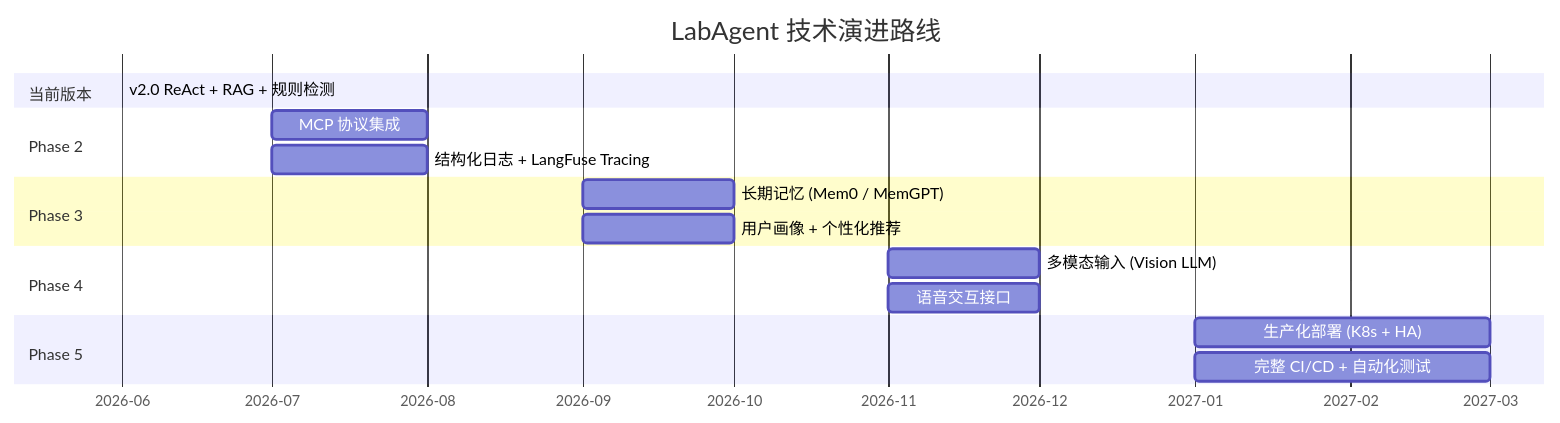
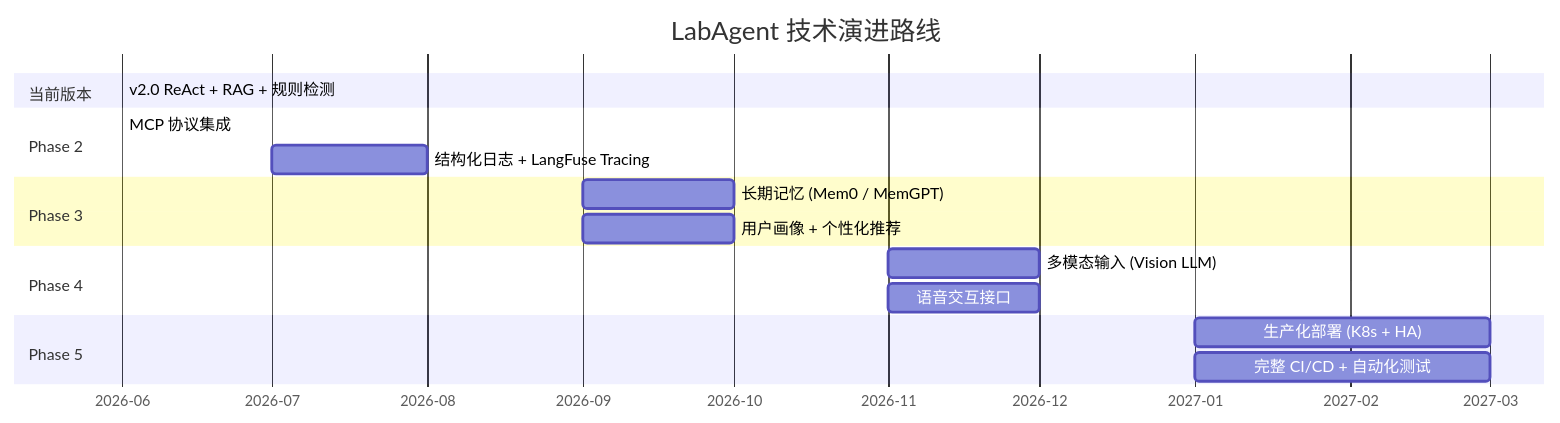
Before and after one commit to nanamili/cs599-project: the fifth of 5 diagrams in docs/CS599_大作业报告.md, drawn with Mermaid. The commit also changed other lines of this file, not shown here.

Commit message:
Update report: MCP marked as implemented, Phase 2 updated

````diff
--- a/docs/CS599_大作业报告.md
+++ b/docs/CS599_大作业报告.md
@@ -446,20 +446,20 @@
 ```mermaid
 gantt
     title LabAgent 技术演进路线
     dateFormat  YYYY-MM
     axisFormat  %Y-%m
     section 当前版本
     v2.0 ReAct + RAG + 规则检测    :done, v20, 2026-06, 2026-06
     section Phase 2
-    MCP 协议集成                   :p2a, 2026-07, 2026-08
+    MCP 协议集成                   :done, p2a, 2026-06, 2026-06
     结构化日志 + LangFuse Tracing  :p2b, 2026-07, 2026-08
     section Phase 3
     长期记忆 (Mem0 / MemGPT)       :p3a, 2026-09, 2026-10
     用户画像 + 个性化推荐          :p3b, 2026-09, 2026-10
     section Phase 4
     多模态输入 (Vision LLM)        :p4a, 2026-11, 2026-12
     语音交互接口                   :p4b, 2026-11, 2026-12
     section Phase 5
     生产化部署 (K8s + HA)          :p5a, 2027-01, 2027-03
     完整 CI/CD + 自动化测试        :p5b, 2027-01, 2027-03
 ```
````
